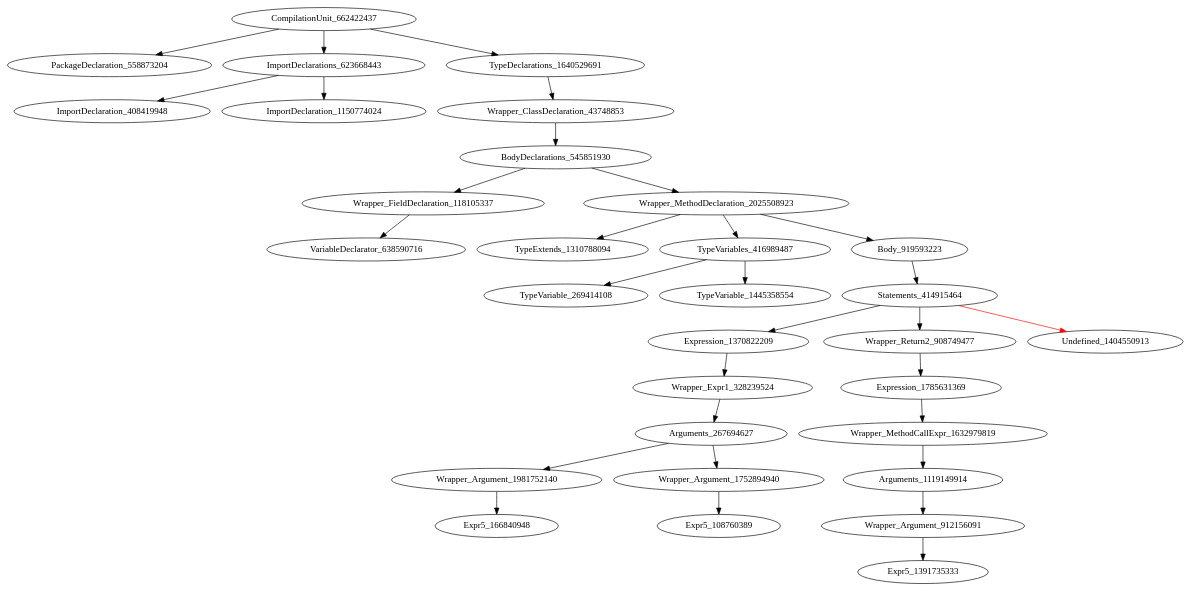
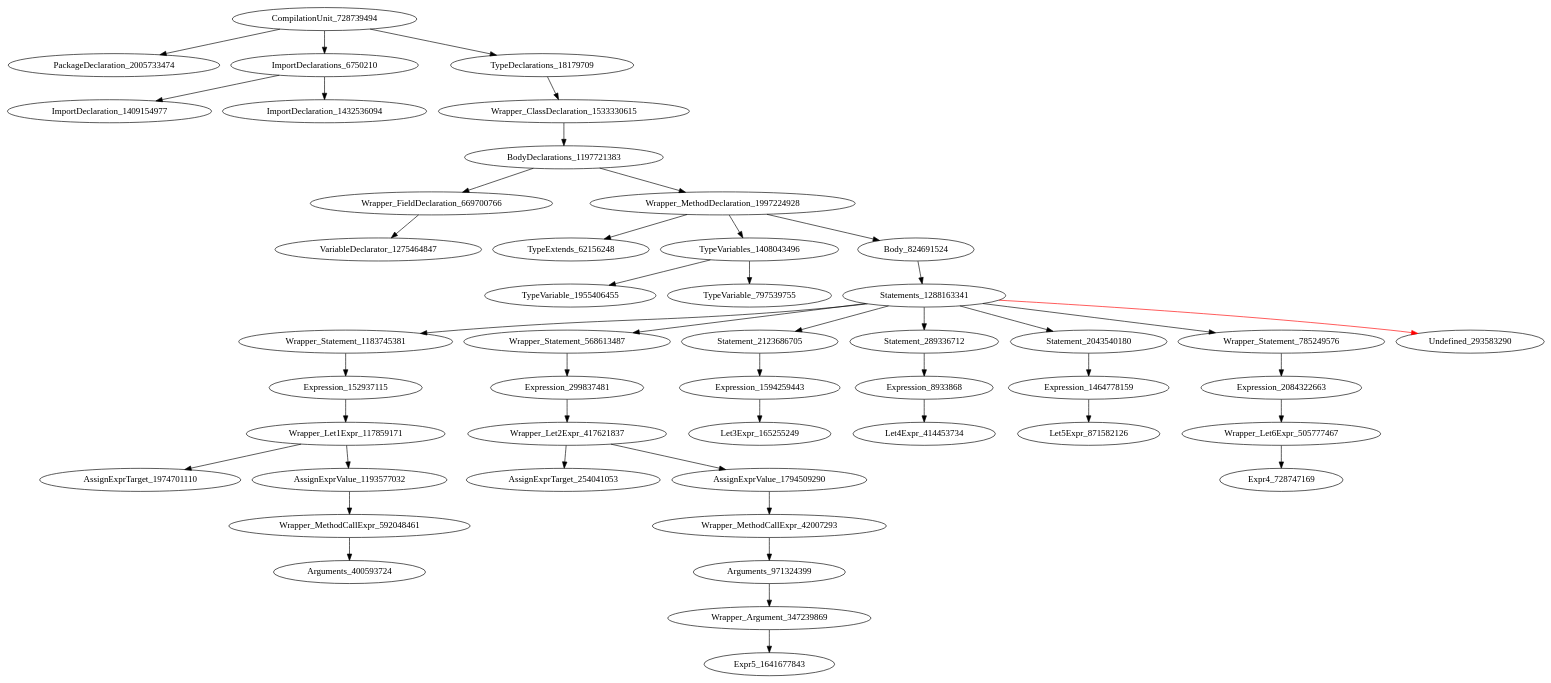
The diagram in holeAST.dot (icse2023material/VoiceJava), drawn with Graphviz before and after one commit. The commit also changed 16 other files, not shown here.

```diff
--- a/holeAST.dot
+++ b/holeAST.dot
@@ -1,32 +1,48 @@
 digraph {
-CompilationUnit_662422437 -> PackageDeclaration_558873204
-CompilationUnit_662422437 -> ImportDeclarations_623668443
-CompilationUnit_662422437 -> TypeDeclarations_1640529691
-ImportDeclarations_623668443 -> ImportDeclaration_408419948
-ImportDeclarations_623668443 -> ImportDeclaration_1150774024
-TypeDeclarations_1640529691 -> Wrapper_ClassDeclaration_43748853
-Wrapper_ClassDeclaration_43748853 -> BodyDeclarations_545851930
-BodyDeclarations_545851930 -> Wrapper_FieldDeclaration_118105337
-BodyDeclarations_545851930 -> Wrapper_MethodDeclaration_2025508923
-Wrapper_FieldDeclaration_118105337 -> VariableDeclarator_638590716
-Wrapper_MethodDeclaration_2025508923 -> TypeExtends_1310788094
-Wrapper_MethodDeclaration_2025508923 -> TypeVariables_416989487
-Wrapper_MethodDeclaration_2025508923 -> Body_919593223
-TypeVariables_416989487 -> TypeVariable_269414108
-TypeVariables_416989487 -> TypeVariable_1445358554
-Body_919593223 -> Statements_414915464
-Statements_414915464 -> Expression_1370822209
-Statements_414915464 -> Wrapper_Return2_908749477
-Statements_414915464 -> Undefined_1404550913 [color = red] 
-Expression_1370822209 -> Wrapper_Expr1_328239524
-Wrapper_Return2_908749477 -> Expression_1785631369
-Wrapper_Expr1_328239524 -> Arguments_267694627
-Expression_1785631369 -> Wrapper_MethodCallExpr_1632979819
-Arguments_267694627 -> Wrapper_Argument_1981752140
-Arguments_267694627 -> Wrapper_Argument_1752894940
-Wrapper_MethodCallExpr_1632979819 -> Arguments_1119149914
-Wrapper_Argument_1981752140 -> Expr5_166840948
-Wrapper_Argument_1752894940 -> Expr5_108760389
-Arguments_1119149914 -> Wrapper_Argument_912156091
-Wrapper_Argument_912156091 -> Expr5_1391735333
+CompilationUnit_728739494 -> PackageDeclaration_2005733474
+CompilationUnit_728739494 -> ImportDeclarations_6750210
+CompilationUnit_728739494 -> TypeDeclarations_18179709
+ImportDeclarations_6750210 -> ImportDeclaration_1409154977
+ImportDeclarations_6750210 -> ImportDeclaration_1432536094
+TypeDeclarations_18179709 -> Wrapper_ClassDeclaration_1533330615
+Wrapper_ClassDeclaration_1533330615 -> BodyDeclarations_1197721383
+BodyDeclarations_1197721383 -> Wrapper_FieldDeclaration_669700766
+BodyDeclarations_1197721383 -> Wrapper_MethodDeclaration_1997224928
+Wrapper_FieldDeclaration_669700766 -> VariableDeclarator_1275464847
+Wrapper_MethodDeclaration_1997224928 -> TypeExtends_62156248
+Wrapper_MethodDeclaration_1997224928 -> TypeVariables_1408043496
+Wrapper_MethodDeclaration_1997224928 -> Body_824691524
+TypeVariables_1408043496 -> TypeVariable_1955406455
+TypeVariables_1408043496 -> TypeVariable_797539755
+Body_824691524 -> Statements_1288163341
+Statements_1288163341 -> Wrapper_Statement_1183745381
+Statements_1288163341 -> Wrapper_Statement_568613487
+Statements_1288163341 -> Statement_2123686705
+Statements_1288163341 -> Statement_289336712
+Statements_1288163341 -> Statement_2043540180
+Statements_1288163341 -> Wrapper_Statement_785249576
+Statements_1288163341 -> Undefined_293583290 [color = red] 
+Wrapper_Statement_1183745381 -> Expression_152937115
+Wrapper_Statement_568613487 -> Expression_299837481
+Statement_2123686705 -> Expression_1594259443
+Statement_289336712 -> Expression_8933868
+Statement_2043540180 -> Expression_1464778159
+Wrapper_Statement_785249576 -> Expression_2084322663
+Expression_152937115 -> Wrapper_Let1Expr_117859171
+Expression_299837481 -> Wrapper_Let2Expr_417621837
+Expression_1594259443 -> Let3Expr_165255249
+Expression_8933868 -> Let4Expr_414453734
+Expression_1464778159 -> Let5Expr_871582126
+Expression_2084322663 -> Wrapper_Let6Expr_505777467
+Wrapper_Let1Expr_117859171 -> AssignExprTarget_1974701110
+Wrapper_Let1Expr_117859171 -> AssignExprValue_1193577032
+Wrapper_Let2Expr_417621837 -> AssignExprTarget_254041053
+Wrapper_Let2Expr_417621837 -> AssignExprValue_1794509290
+Wrapper_Let6Expr_505777467 -> Expr4_728747169
+AssignExprValue_1193577032 -> Wrapper_MethodCallExpr_592048461
+AssignExprValue_1794509290 -> Wrapper_MethodCallExpr_42007293
+Wrapper_MethodCallExpr_592048461 -> Arguments_400593724
+Wrapper_MethodCallExpr_42007293 -> Arguments_971324399
+Arguments_971324399 -> Wrapper_Argument_347239869
+Wrapper_Argument_347239869 -> Expr5_1641677843
 }
```
